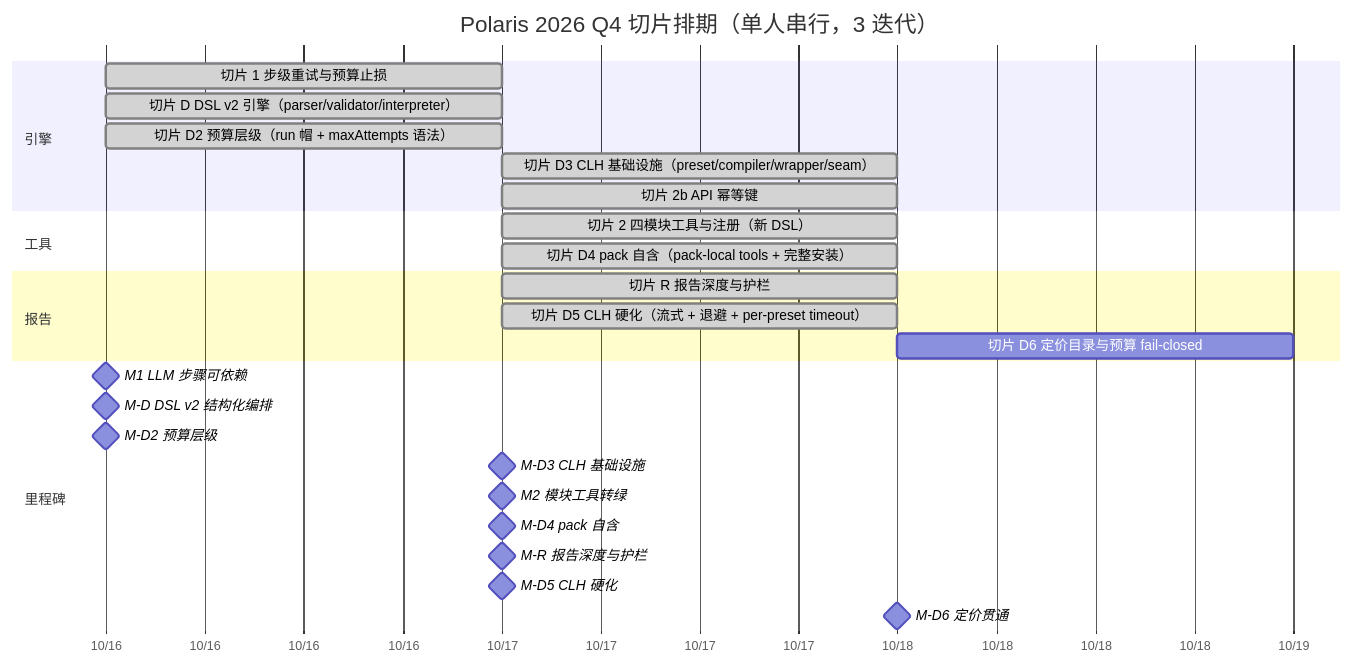
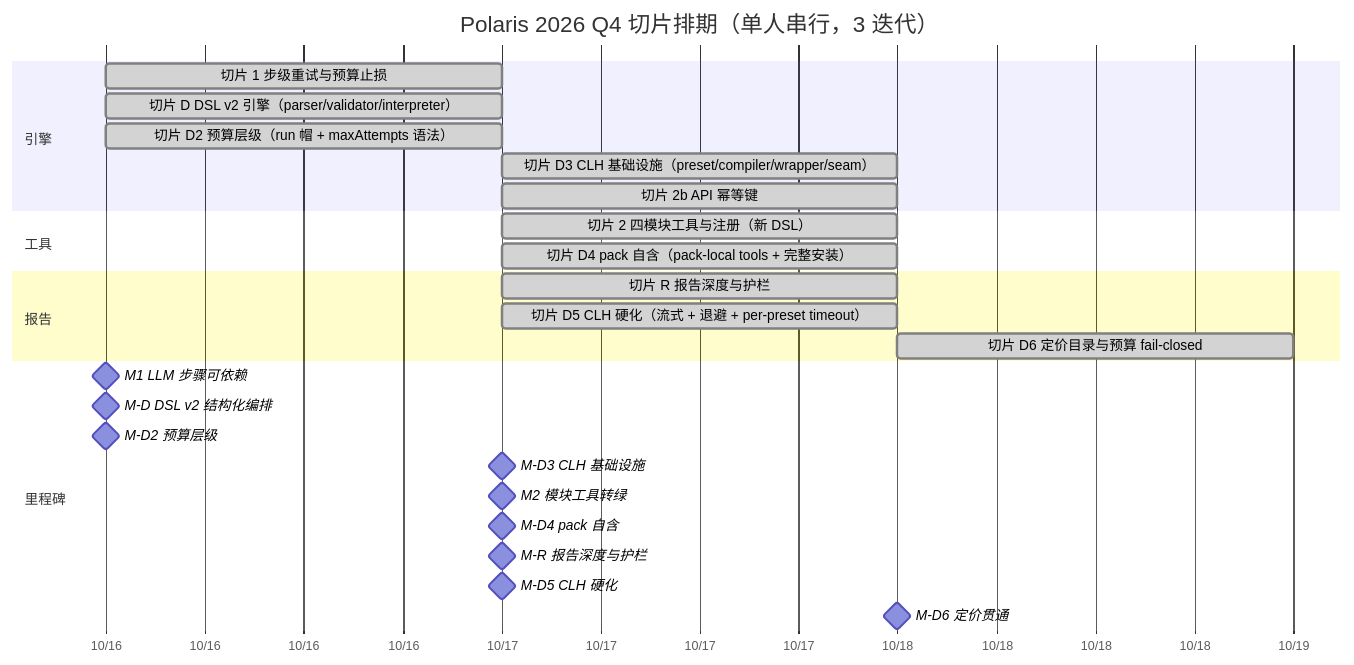
The diagram in apps/docs/site/development/roadmap.md (55aaseclab/Polaris), drawn with Mermaid before and after one commit. The commit also changed other lines of this file and 2 other files, not shown here.

````diff
--- a/apps/docs/site/development/roadmap.md
+++ b/apps/docs/site/development/roadmap.md
@@ -89,29 +89,29 @@
 ```mermaid
 gantt
     title Polaris 2026 Q4 切片排期（单人串行，3 迭代）
     dateFormat YYYY-MM-DD
     axisFormat %m/%d
     section 引擎
     切片 1 步级重试与预算止损 :done, a1, 2026-10-16, 1d
     切片 D DSL v2 引擎（parser/validator/interpreter） :done, a2, 2026-10-16, 1d
     切片 D2 预算层级（run 帽 + maxAttempts 语法） :done, a4, 2026-10-16, 1d
     切片 D3 CLH 基础设施（preset/compiler/wrapper/seam） :done, a5, 2026-10-17, 1d
     切片 2b API 幂等键 :done, a3, 2026-10-17, 1d
     section 工具
     切片 2 四模块工具与注册（新 DSL） :done, b1, 2026-10-17, 1d
     切片 D4 pack 自含（pack-local tools + 完整安装） :done, b2, 2026-10-17, 1d
     section 报告
     切片 R 报告深度与护栏 :done, r1, 2026-10-17, 1d
     切片 D5 CLH 硬化（流式 + 退避 + per-preset timeout） :done, c1, 2026-10-17, 1d
-    切片 D6 定价目录与预算 fail-closed :c2, 2026-10-18, 1d
+    切片 D6 定价目录与预算 fail-closed :done, c2, 2026-10-18, 1d
     section 里程碑
     M1 LLM 步骤可依赖 :milestone, m1, 2026-10-16, 0d
     M-D DSL v2 结构化编排 :milestone, md, 2026-10-16, 0d
     M-D2 预算层级 :milestone, md2, 2026-10-16, 0d
     M-D3 CLH 基础设施 :milestone, md3, 2026-10-17, 0d
     M2 模块工具转绿 :milestone, m2, 2026-10-17, 0d
     M-D4 pack 自含 :milestone, md4, 2026-10-17, 0d
     M-R 报告深度与护栏 :milestone, mr, 2026-10-17, 0d
     M-D5 CLH 硬化 :milestone, md5, 2026-10-17, 0d
     M-D6 定价贯通 :milestone, md6, 2026-10-18, 0d
 ```
````
